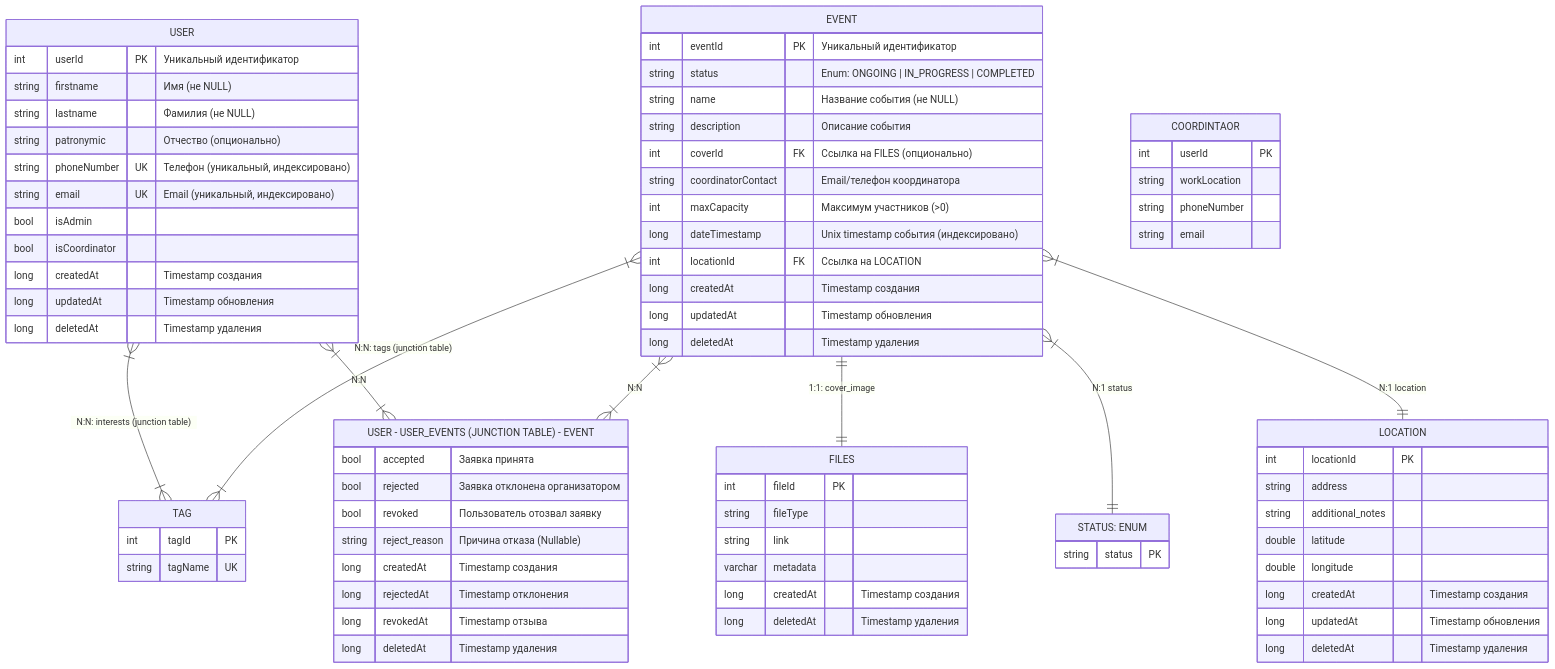
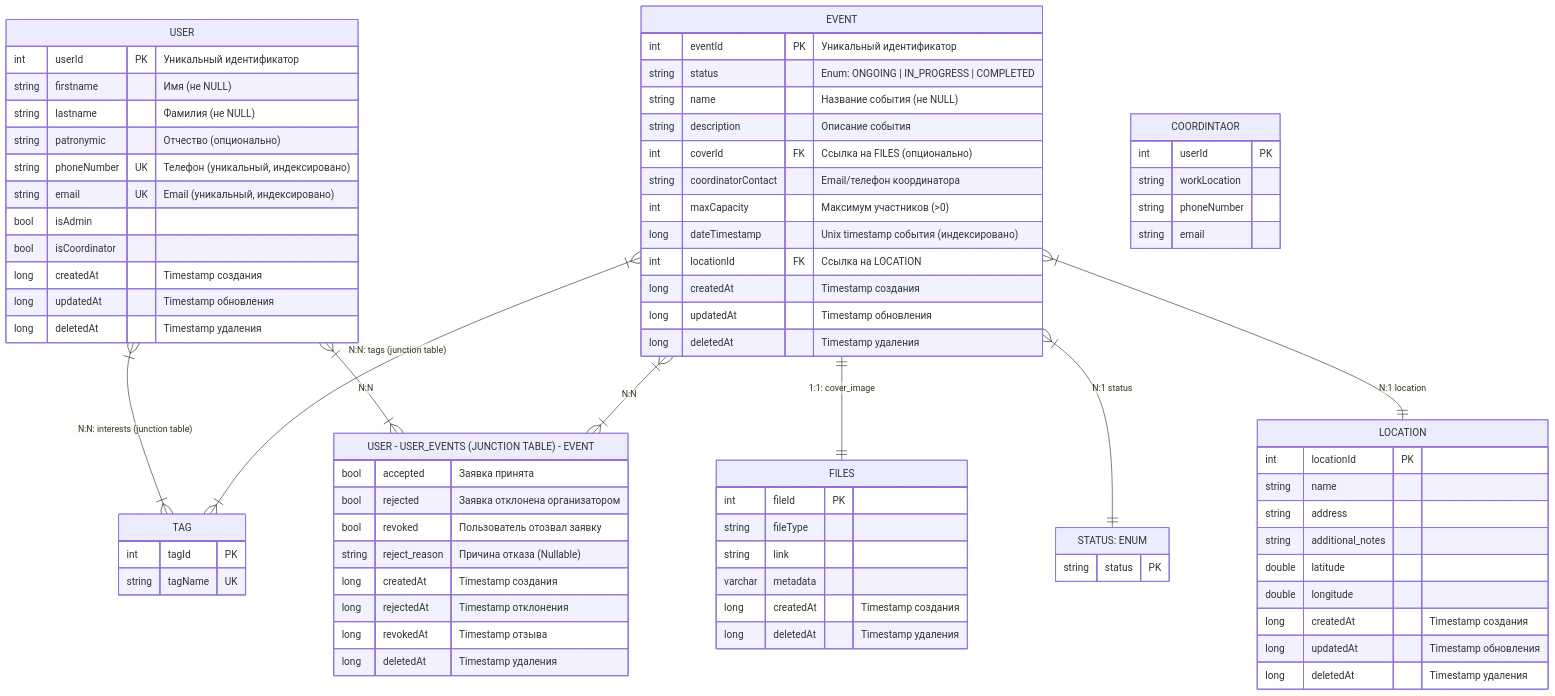
The third of 3 diagrams in documentation/architecture/erd.md (ADT-VOLUNTEERS-CASE/.github), drawn with Mermaid before and after one commit. The commit also changed other lines of this file, not shown here.

Commit message:
Add: location name field (#10)
* Add: location name field

* Chore: raise erd version

````diff
--- a/documentation/architecture/erd.md
+++ b/documentation/architecture/erd.md
@@ -108,94 +108,87 @@
 ```mermaid
 erDiagram
-   USER_EVENTS["USER - USER_EVENTS (JUNCTION TABLE) - EVENT"] {
-      bool accepted "Заявка принята"
-      bool rejected "Заявка отклонена организатором"
-      bool revoked "Пользователь отозвал заявку"
-      
-      string reject_reason "Причина отказа (Nullable)"
-      
-      long createdAt "Timestamp создания"
-      long rejectedAt "Timestamp отклонения"
-      long revokedAt "Timestamp отзыва"
-      long deletedAt "Timestamp удаления"
-   }
-   
-   USER {
-      int userId PK "Уникальный идентификатор"
-      string firstname "Имя (не NULL)"
-      string lastname "Фамилия (не NULL)"
-      string patronymic "Отчество (опционально)"
-      string phoneNumber UK "Телефон (уникальный, индексировано)"
-      string email UK "Email (уникальный, индексировано)"
-      
-      bool isAdmin
-      bool isCoordinator
+    USER_EVENTS["USER - USER_EVENTS (JUNCTION TABLE) - EVENT"] {
+        bool accepted "Заявка принята"
+        bool rejected "Заявка отклонена организатором"
+        bool revoked "Пользователь отозвал заявку"
+        string reject_reason "Причина отказа (Nullable)"
+        long createdAt "Timestamp создания"
+        long rejectedAt "Timestamp отклонения"
+        long revokedAt "Timestamp отзыва"
+        long deletedAt "Timestamp удаления"
+    }
 
-      long createdAt "Timestamp создания"
-      long updatedAt "Timestamp обновления"
-      long deletedAt "Timestamp удаления"
-   }
-   
-   EVENT {
-      int eventId PK "Уникальный идентификатор"
-      string status "Enum: ONGOING | IN_PROGRESS | COMPLETED"
-      string name "Название события (не NULL)"
-      string description "Описание события"
-      int coverId FK "Ссылка на FILES (опционально)"
-      string coordinatorContact "Email/телефон координатора"
-      int maxCapacity "Максимум участников (>0)"
-      long dateTimestamp "Unix timestamp события (индексировано)"
-      int locationId FK "Ссылка на LOCATION"
+    USER {
+        int userId PK "Уникальный идентификатор"
+        string firstname "Имя (не NULL)"
+        string lastname "Фамилия (не NULL)"
+        string patronymic "Отчество (опционально)"
+        string phoneNumber UK "Телефон (уникальный, индексировано)"
+        string email UK "Email (уникальный, индексировано)"
+        bool isAdmin
+        bool isCoordinator
+        long createdAt "Timestamp создания"
+        long updatedAt "Timestamp обновления"
+        long deletedAt "Timestamp удаления"
+    }
 
-      long createdAt "Timestamp создания"
-      long updatedAt "Timestamp обновления"
-      long deletedAt "Timestamp удаления"
-   }
+    EVENT {
+        int eventId PK "Уникальный идентификатор"
+        string status "Enum: ONGOING | IN_PROGRESS | COMPLETED"
+        string name "Название события (не NULL)"
+        string description "Описание события"
+        int coverId FK "Ссылка на FILES (опционально)"
+        string coordinatorContact "Email/телефон координатора"
+        int maxCapacity "Максимум участников (>0)"
+        long dateTimestamp "Unix timestamp события (индексировано)"
+        int locationId FK "Ссылка на LOCATION"
+        long createdAt "Timestamp создания"
+        long updatedAt "Timestamp обновления"
+        long deletedAt "Timestamp удаления"
+    }
 
-   TAG {
-      int tagId PK
-      string tagName UK
-   }
-    
-   FILES {
-      int fileId PK
-      string fileType
-      string link
-      varchar metadata
+    TAG {
+        int tagId PK
+        string tagName UK
+    }
 
-      long createdAt "Timestamp создания"
-      long deletedAt "Timestamp удаления"
-   }
-   
-   COORDINTAOR {
-       int userId PK
-       string workLocation
-       string phoneNumber
-       string email
-   }
+    FILES {
+        int fileId PK
+        string fileType
+        string link
+        varchar metadata
+        long createdAt "Timestamp создания"
+        long deletedAt "Timestamp удаления"
+    }
 
-   LOCATION {
-      int locationId PK
-      string address
-      string additional_notes
-      double latitude
-      double longitude
-      
-      long createdAt "Timestamp создания"
-      long updatedAt "Timestamp обновления"
-      long deletedAt "Timestamp удаления"
-   }
-   
-   STATUS["STATUS: ENUM"] {
-      string status PK
-   }
+    COORDINTAOR {
+        int userId PK
+        string workLocation
+        string phoneNumber
+        string email
+    }
 
-   USER }|--|{ TAG: "N:N: interests (junction table)"
-   USER }|--|{ USER_EVENTS: "N:N"
-   
-   EVENT }|--|{ USER_EVENTS: "N:N"
-   EVENT }|--|{ TAG: "N:N: tags (junction table)"
-   EVENT ||--|| FILES: "1:1: cover_image"
-   EVENT }|--|| STATUS: "N:1 status"
-   EVENT }|--|| LOCATION: "N:1 location"
+    LOCATION {
+        int locationId PK
+        string name
+        string address
+        string additional_notes
+        double latitude
+        double longitude
+        long createdAt "Timestamp создания"
+        long updatedAt "Timestamp обновления"
+        long deletedAt "Timestamp удаления"
+    }
+
+    STATUS["STATUS: ENUM"] {
+        string status PK
+    }
+
+    USER }|--|{ TAG: "N:N: interests (junction table)"
+    USER }|--|{ USER_EVENTS: "N:N"
+    EVENT }|--|{ USER_EVENTS: "N:N"
+    EVENT }|--|{ TAG: "N:N: tags (junction table)"
+    EVENT ||--|| FILES: "1:1: cover_image"
+    EVENT }|--|| STATUS: "N:1 status"
+    EVENT }|--|| LOCATION: "N:1 location"
 ```
````
